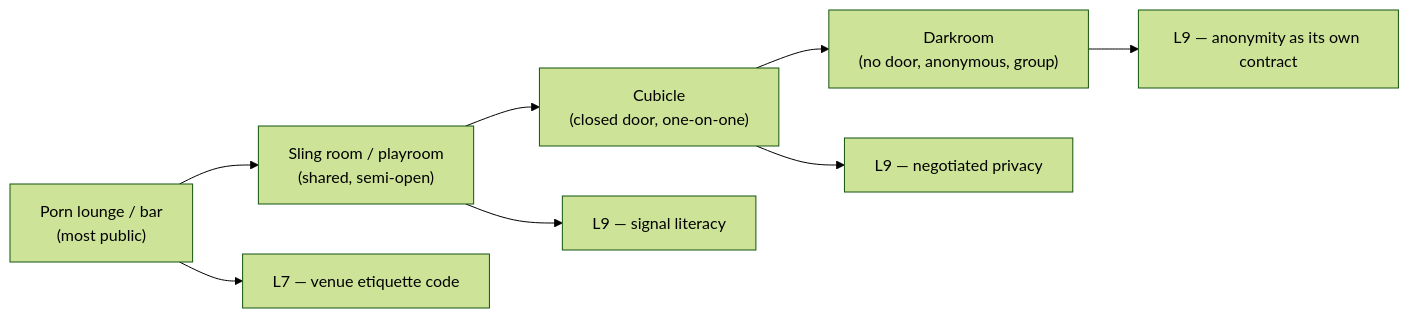
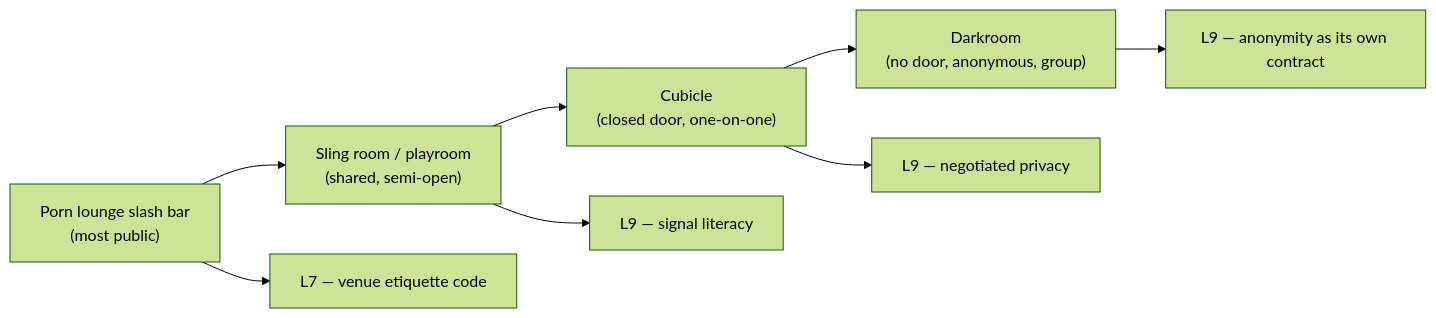
Before and after one commit to leechseed/_setsunadev: the third of 3 diagrams in _0.1_BVX_LEARN/KNOWLEDGE_AREAS/🧬 MSX.29 — Cruising Guide — Thorne Harbour Health (2018).md, drawn with Mermaid (forest theme). The commit also changed other lines of this file and 6 other files, not shown here.

````diff
--- a/_0.1_BVX_LEARN/KNOWLEDGE_AREAS/🧬 MSX.29 — Cruising Guide — Thorne Harbour Health (2018).md
+++ b/_0.1_BVX_LEARN/KNOWLEDGE_AREAS/🧬 MSX.29 — Cruising Guide — Thorne Harbour Health (2018).md
@@ -120,10 +120,10 @@
 ```mermaid
 flowchart LR
-    A["Porn lounge / bar\n(most public)"] --> B["Sling room / playroom\n(shared, semi-open)"]
+    A["Porn lounge slash bar\n(most public)"] --> B["Sling room / playroom\n(shared, semi-open)"]
     B --> C["Cubicle\n(closed door, one-on-one)"]
     C --> D["Darkroom\n(no door, anonymous, group)"]
     A --> L7["L7 — venue etiquette code"]
     B --> L9a["L9 — signal literacy"]
     C --> L9b["L9 — negotiated privacy"]
     D --> L9c["L9 — anonymity as its own contract"]
 ```
````
